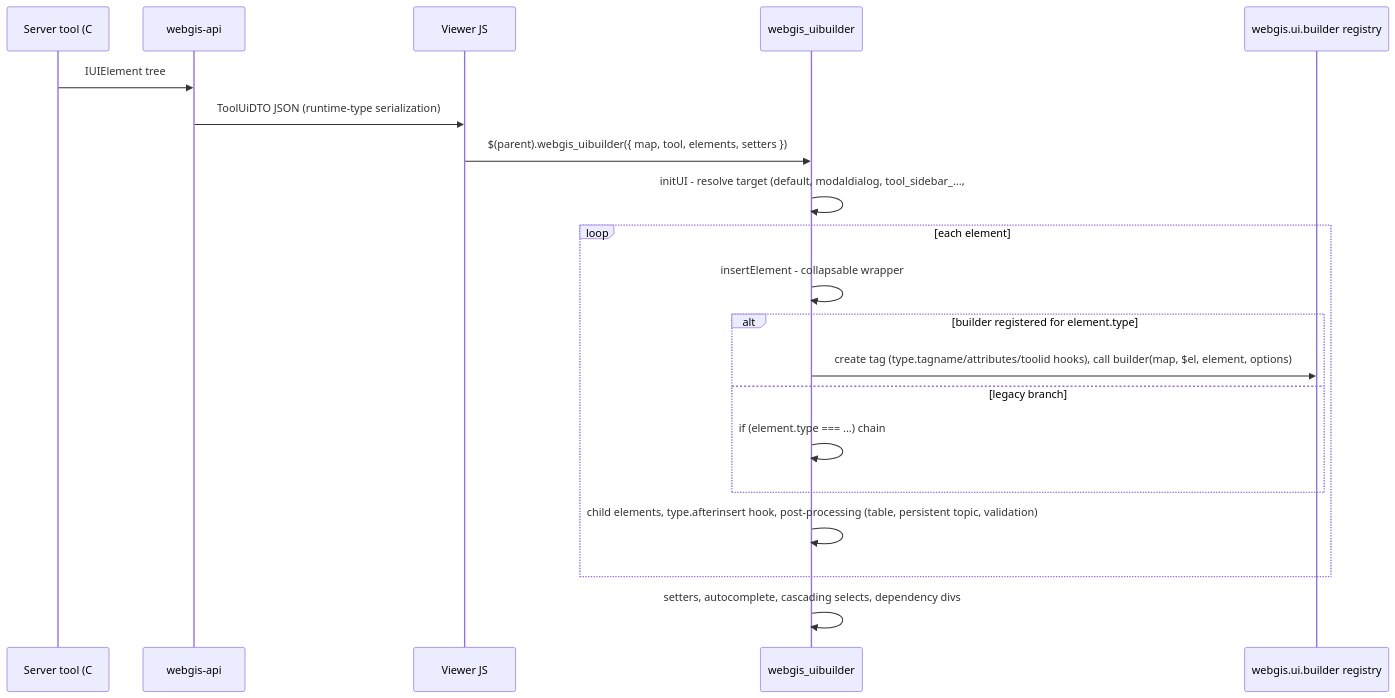
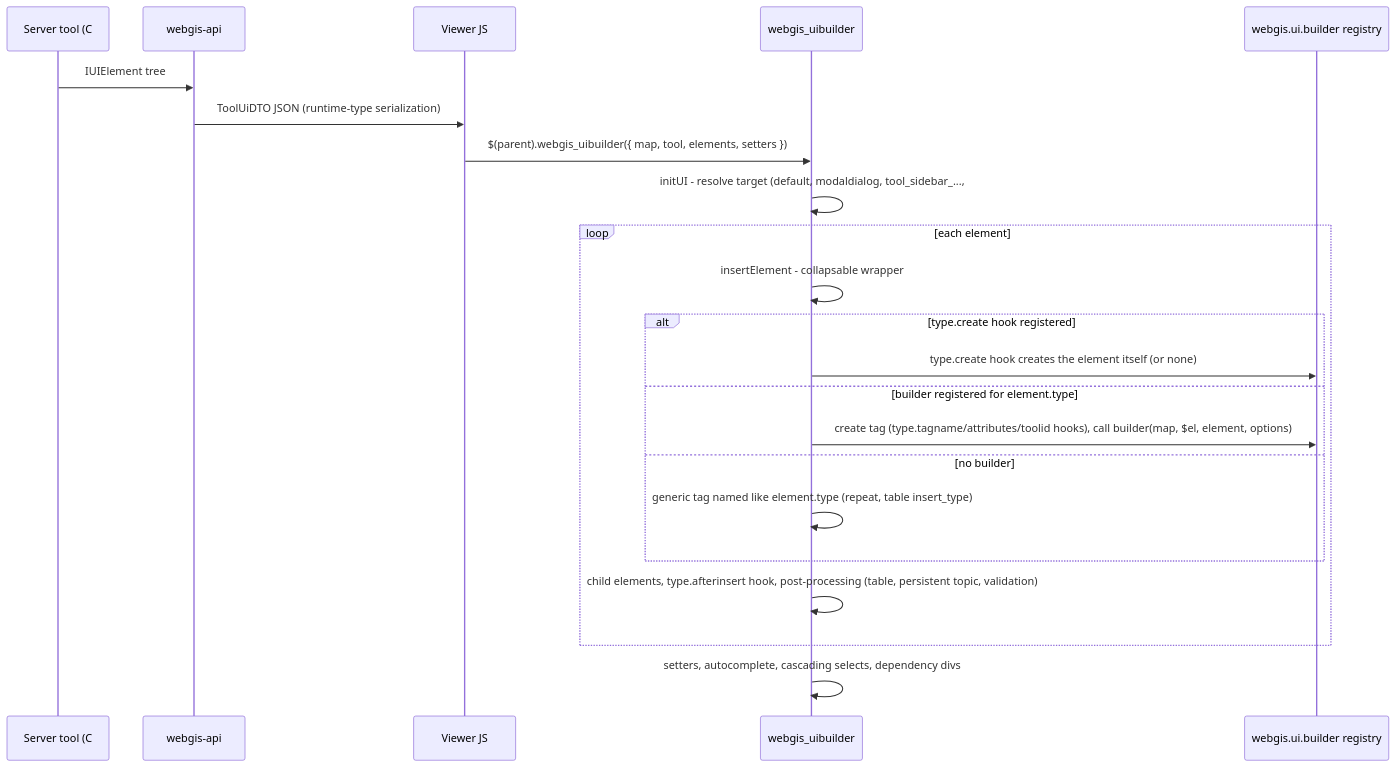
Before and after one commit to e-netze/webgis: the first of 2 diagrams in docs/architecture/ui-builder.md, drawn with Mermaid. The commit also changed other lines of this file and 126 other files, not shown here.

````diff
--- a/docs/architecture/ui-builder.md
+++ b/docs/architecture/ui-builder.md
@@ -48,23 +52,25 @@
 ```mermaid
 sequenceDiagram
     participant Tool as Server tool (C#)
     participant Api as webgis-api
     participant Viewer as Viewer JS
     participant UIB as webgis_uibuilder
     participant Reg as webgis.ui.builder registry
 
     Tool->>Api: IUIElement tree
     Api->>Viewer: ToolUiDTO JSON (runtime-type serialization)
     Viewer->>UIB: $(parent).webgis_uibuilder({ map, tool, elements, setters })
     UIB->>UIB: initUI - resolve target (default, modaldialog, tool_sidebar_..., #id)
     loop each element
         UIB->>UIB: insertElement - collapsable wrapper
-        alt builder registered for element.type
+        alt type.create hook registered
+            UIB->>Reg: type.create hook creates the element itself (or none)
+        else builder registered for element.type
             UIB->>Reg: create tag (type.tagname/attributes/toolid hooks), call builder(map, $el, element, options)
-        else legacy branch
-            UIB->>UIB: if (element.type === ...) chain
+        else no builder
+            UIB->>UIB: generic tag named like element.type (repeat, table insert_type)
         end
         UIB->>UIB: child elements, type.afterinsert hook, post-processing (table, persistent topic, validation)
     end
     UIB->>UIB: setters, autocomplete, cascading selects, dependency divs
 ```
````
